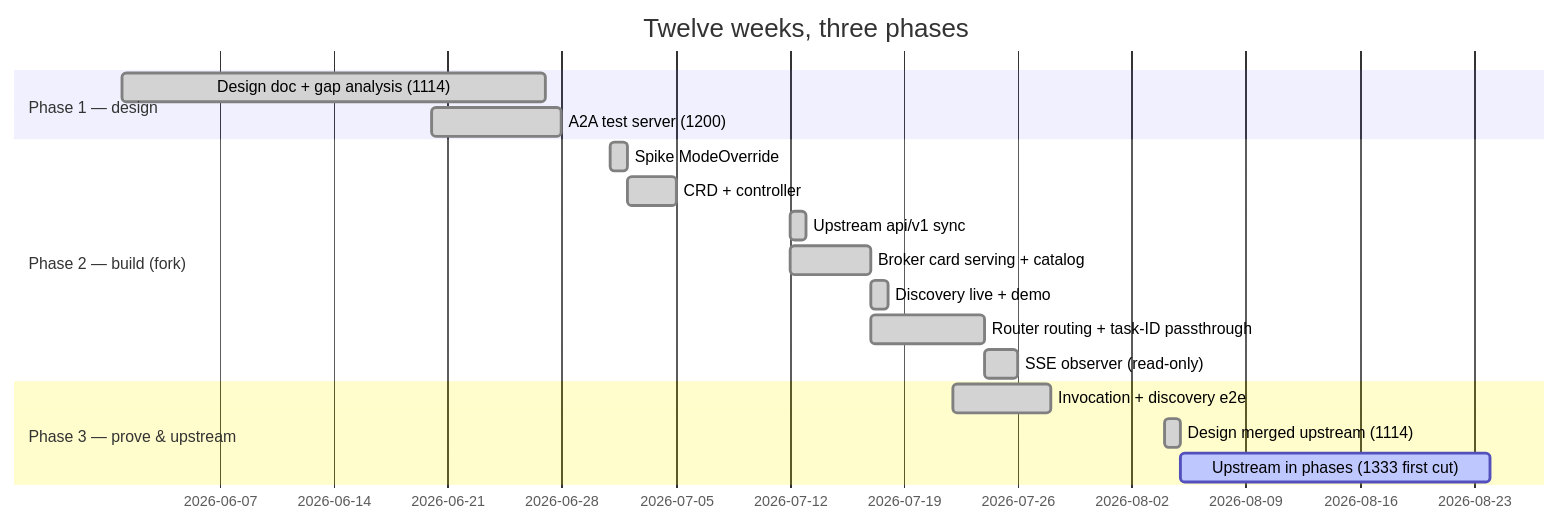
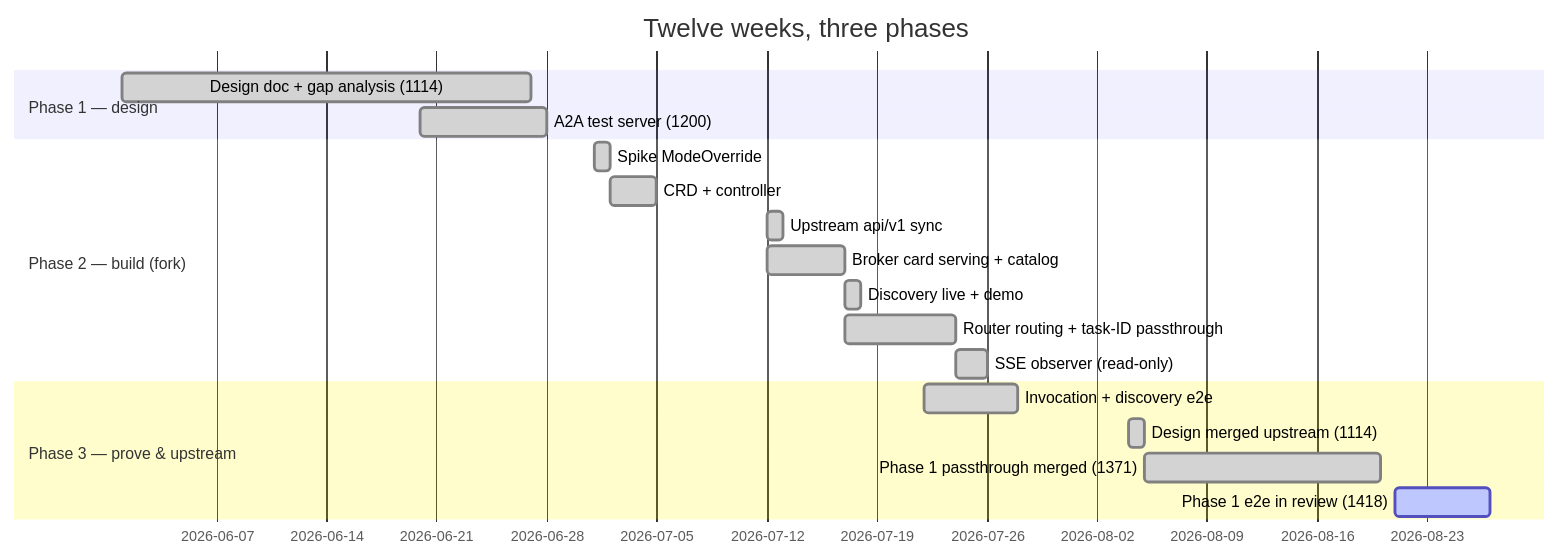
The fifth of 5 diagrams in README.md (Aman-Cool/A2A-Agent2Agent-protocol), drawn with Mermaid before and after one commit. The commit also changed other lines of this file, not shown here.

First line of the commit message:
docs: refresh fork README for the phase-1 passthrough landing

````diff
--- a/README.md
+++ b/README.md
@@ -160,20 +160,21 @@
 ```mermaid
 gantt
     title Twelve weeks, three phases
     dateFormat YYYY-MM-DD
     section Phase 1 — design
     Design doc + gap analysis (1114)      :done,   p1a, 2026-06-01, 2026-06-27
     A2A test server (1200)                :done,   p1b, 2026-06-20, 2026-06-28
     section Phase 2 — build (fork)
     Spike ModeOverride                    :done,   p2a, 2026-07-01, 2026-07-02
     CRD + controller                      :done,   p2b, 2026-07-02, 2026-07-05
     Upstream api/v1 sync                  :done,   p2s, 2026-07-12, 1d
     Broker card serving + catalog         :done,   p2c, 2026-07-12, 2026-07-17
     Discovery live + demo                 :done,   p2e, 2026-07-17, 1d
     Router routing + task-ID passthrough  :done,   p2d, 2026-07-17, 2026-07-24
     SSE observer (read-only)              :done,   p2f, 2026-07-24, 2026-07-26
     section Phase 3 — prove & upstream
     Invocation + discovery e2e            :done,   p3a, 2026-07-22, 2026-07-28
     Design merged upstream (1114)         :done,   p3b, 2026-08-04, 1d
-    Upstream in phases (1333 first cut)   :active, p3c, 2026-08-05, 2026-08-24
+    Phase 1 passthrough merged (1371)     :done,   p3c, 2026-08-05, 2026-08-20
+    Phase 1 e2e in review (1418)          :active, p3d, 2026-08-21, 2026-08-27
 ```
````
